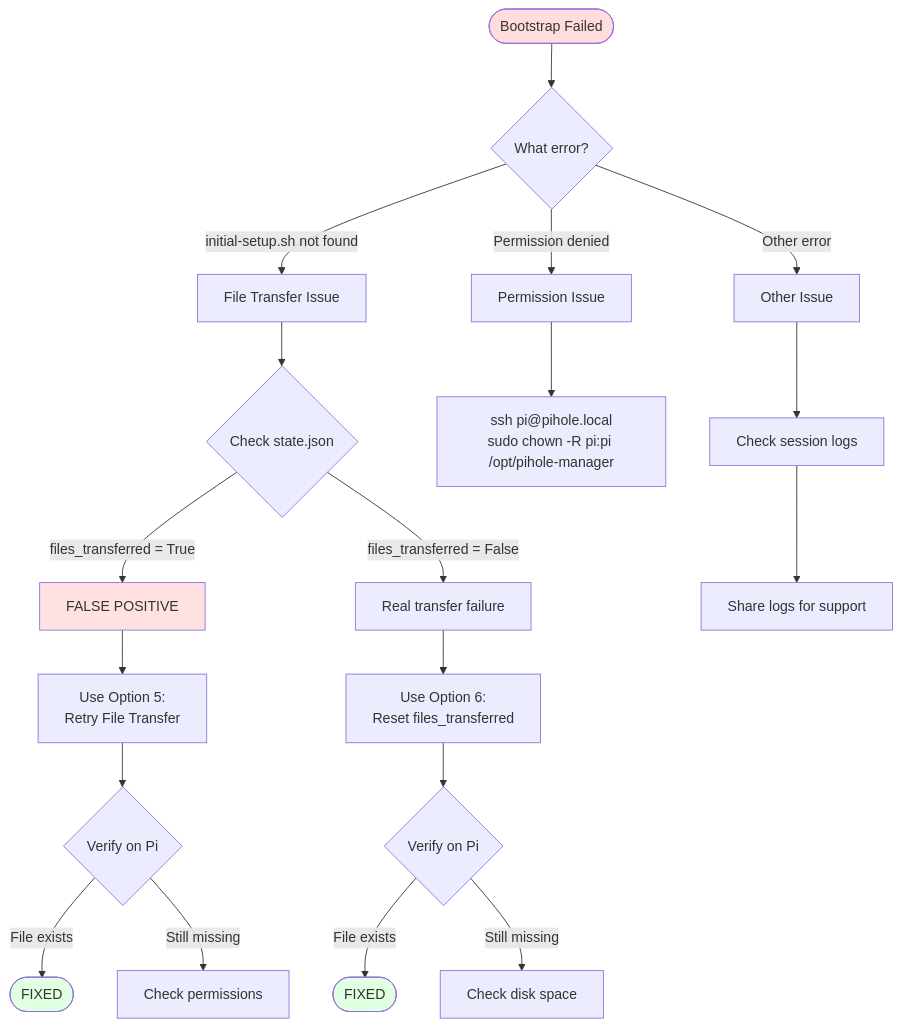
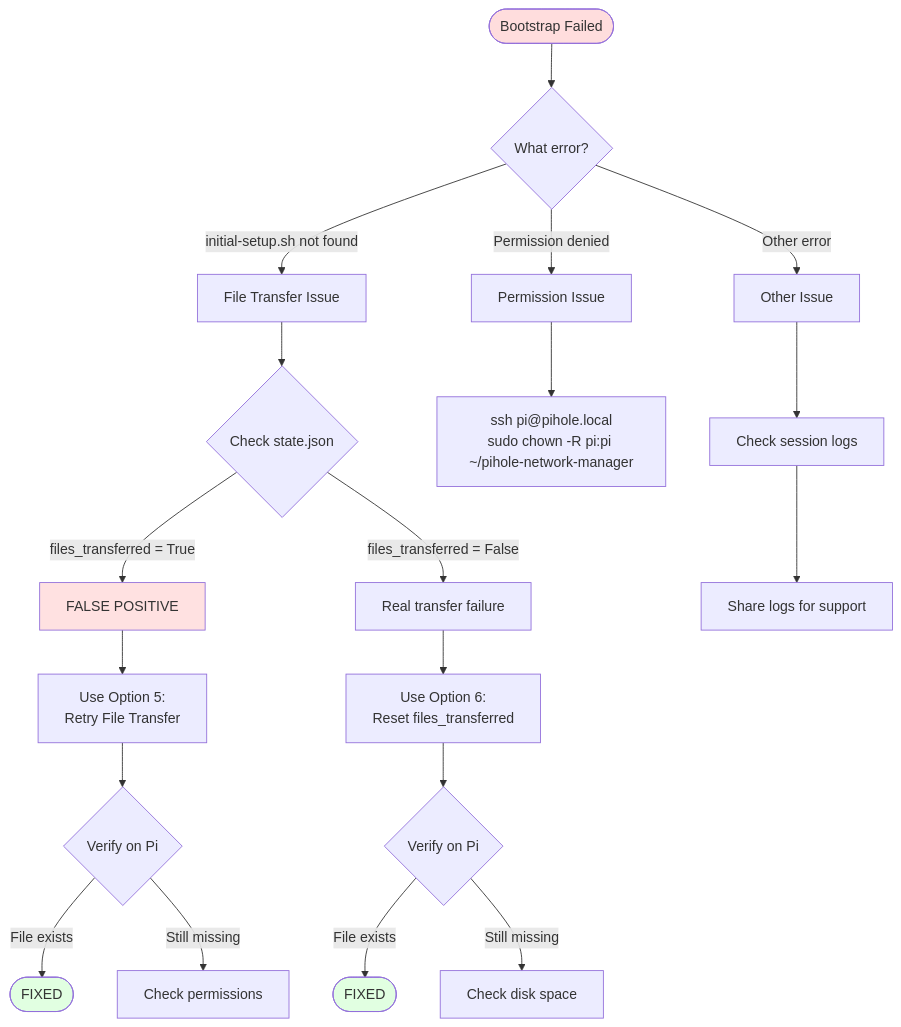
One commit to ThePraxium/pihole-network-manager changed the seventh of 11 diagrams in docs/troubleshooting-guide.md. Above: the diagram before and after it, drawn with Mermaid. The commit also changed other lines of this file and 16 other files, not shown here.

````diff
--- a/docs/troubleshooting-guide.md
+++ b/docs/troubleshooting-guide.md
@@ -578,34 +578,34 @@
 ```mermaid
 flowchart TD
     Start([Bootstrap Failed]) --> Check{What error?}
 
     Check -->|initial-setup.sh not found| FileIssue[File Transfer Issue]
     Check -->|Permission denied| PermIssue[Permission Issue]
     Check -->|Other error| OtherIssue[Other Issue]
 
     FileIssue --> StateCheck{Check state.json}
     StateCheck -->|files_transferred = True| FalsePos[FALSE POSITIVE]
     StateCheck -->|files_transferred = False| RealFail[Real transfer failure]
 
     FalsePos --> Retry1[Use Option 5:<br/>Retry File Transfer]
     RealFail --> Retry2[Use Option 6:<br/>Reset files_transferred]
 
     Retry1 --> Verify1{Verify on Pi}
     Retry2 --> Verify2{Verify on Pi}
 
     Verify1 -->|File exists| Fixed1([FIXED])
     Verify1 -->|Still missing| Perm1[Check permissions]
 
     Verify2 -->|File exists| Fixed2([FIXED])
     Verify2 -->|Still missing| Perm2[Check disk space]
 
-    PermIssue --> FixPerm["ssh pi@pihole.local<br/>sudo chown -R pi:pi /opt/pihole-manager"]
+    PermIssue --> FixPerm["ssh pi@pihole.local<br/>sudo chown -R pi:pi ~/pihole-network-manager"]
 
     OtherIssue --> Logs[Check session logs]
     Logs --> Support[Share logs for support]
 
     style Start fill:#fdd
     style FalsePos fill:#ffe1e1
     style Fixed1 fill:#e1ffe1
     style Fixed2 fill:#e1ffe1
 ```
````
